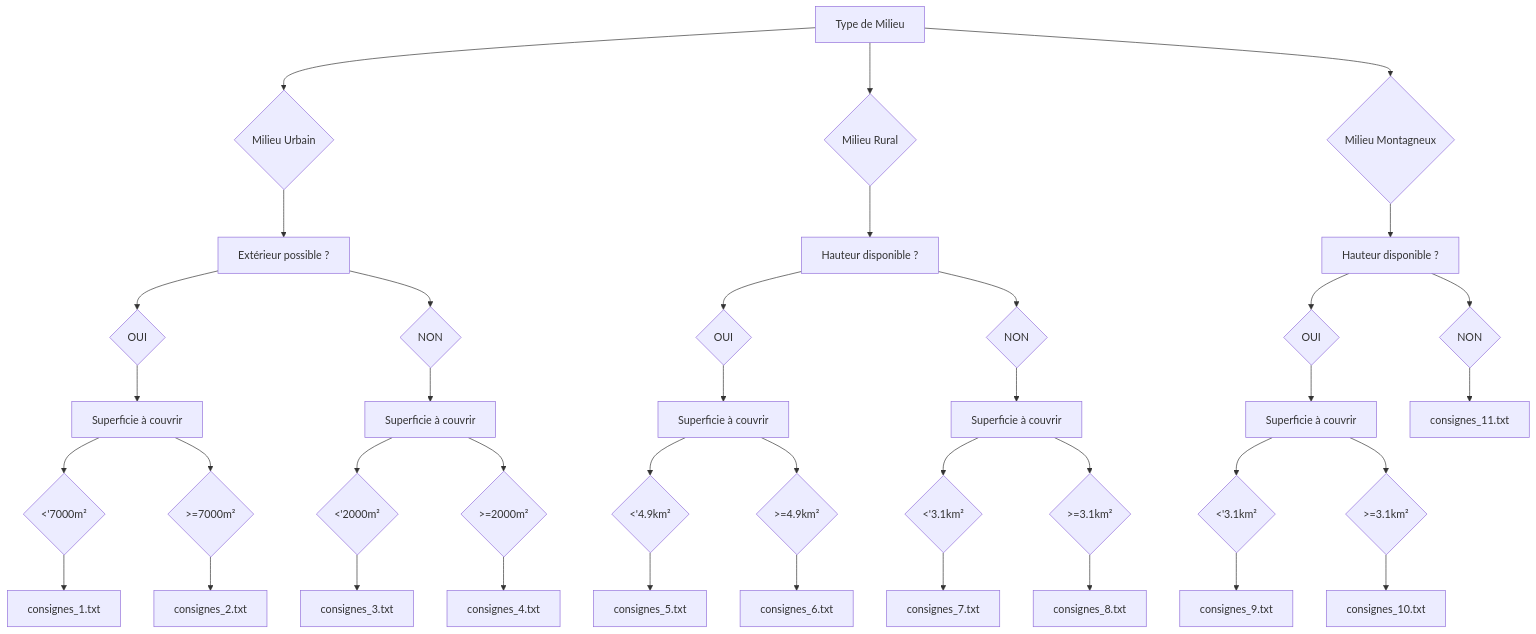
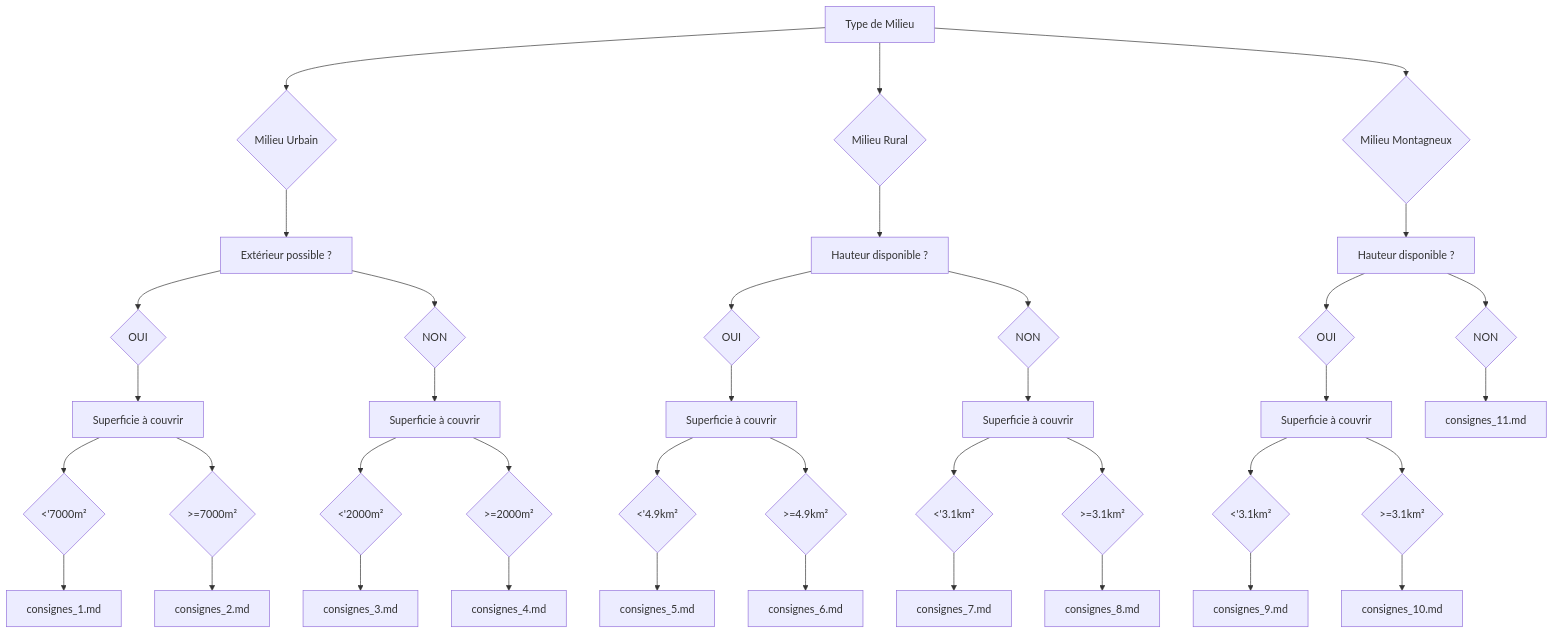
One commit to WaltZOO/Disaster-Networking changed the diagram in src/decision_tree/decision_tree.md. Above: the diagram before and after it, drawn with Mermaid.

Commit message:
changing .txt in Markdown files

````diff
--- a/src/decision_tree/decision_tree.md
+++ b/src/decision_tree/decision_tree.md
@@ -1,84 +1,84 @@
 ```mermaid
 graph TD
     Milieu["Type de Milieu"] 
 
     Urbain{"Milieu Urbain"}
     Rural{"Milieu Rural"}
     Montagneux{"Milieu Montagneux"}
     
     Milieu --> Urbain
     Milieu --> Rural
     Milieu --> Montagneux
 
     ExtPossible["Extérieur possible ?"]
     HauteurPossibleRural["Hauteur disponible ?"]
     HauteurPossibleMont["Hauteur disponible ?"]
 
     Urbain --> ExtPossible
     Rural --> HauteurPossibleRural
     Montagneux --> HauteurPossibleMont
 
     ExtOui{"OUI"}
     ExtNon{"NON"}
     HautRuralOui{"OUI"}
     HautRuralNon{"NON"}
     HautMontOui{"OUI"}
     HautMontNon{"NON"}
 
     ExtPossible --> ExtOui
     ExtPossible --> ExtNon
     HauteurPossibleRural --> HautRuralOui
     HauteurPossibleRural --> HautRuralNon
     HauteurPossibleMont --> HautMontOui
     HauteurPossibleMont --> HautMontNon
 
     SuperficieUrbExt["Superficie à couvrir"]
     SuperficieUrbInt["Superficie à couvrir"]
     SuperficieRuralExt["Superficie à couvrir"]
     SuperficieRuralInt["Superficie à couvrir"]
     SuperficieMontExt["Superficie à couvrir"]
 
     ExtOui --> SuperficieUrbExt
     ExtNon --> SuperficieUrbInt
     HautRuralOui --> SuperficieRuralExt
     HautRuralNon --> SuperficieRuralInt
     HautMontOui --> SuperficieMontExt
 
     TaillePetiteUrbExt{"<'7000m²"}
     TailleGrandeUrbExt{">=7000m²"}
     TaillePetiteUrbInt{"<'2000m²"}
     TailleGrandeUrbInt{">=2000m²"}
     TaillePetiteRuralExt{"<'4.9km²"}
     TailleGrandeRuralExt{">=4.9km²"}
     TaillePetiteRuralInt{"<'3.1km²"}
     TailleGrandeRuralInt{">=3.1km²"}
     TaillePetiteMontExt{"<'3.1km²"}
     TailleGrandeMontExt{">=3.1km²"}
 
     SuperficieUrbExt --> TaillePetiteUrbExt
     SuperficieUrbExt --> TailleGrandeUrbExt
     SuperficieUrbInt --> TaillePetiteUrbInt
     SuperficieUrbInt --> TailleGrandeUrbInt
     SuperficieRuralExt --> TaillePetiteRuralExt
     SuperficieRuralExt --> TailleGrandeRuralExt
     SuperficieRuralInt --> TaillePetiteRuralInt
     SuperficieRuralInt --> TailleGrandeRuralInt
     SuperficieMontExt --> TaillePetiteMontExt
     SuperficieMontExt --> TailleGrandeMontExt
 
-    TaillePetiteUrbExt --> Consignes1["consignes_1.txt"]
-    TailleGrandeUrbExt --> Consignes2["consignes_2.txt"]
-    TaillePetiteUrbInt --> Consignes3["consignes_3.txt"]
-    TailleGrandeUrbInt --> Consignes4["consignes_4.txt"]
-    TaillePetiteRuralExt --> Consignes5["consignes_5.txt"]
-    TailleGrandeRuralExt --> Consignes6["consignes_6.txt"]
-    TaillePetiteRuralInt --> Consignes7["consignes_7.txt"]
-    TailleGrandeRuralInt --> Consignes8["consignes_8.txt"]
-    TaillePetiteMontExt --> Consignes9["consignes_9.txt"]
-    TailleGrandeMontExt --> Consignes10["consignes_10.txt"]
-    HautMontNon --> Consignes11["consignes_11.txt"]
+    TaillePetiteUrbExt --> Consignes1["consignes_1.md"]
+    TailleGrandeUrbExt --> Consignes2["consignes_2.md"]
+    TaillePetiteUrbInt --> Consignes3["consignes_3.md"]
+    TailleGrandeUrbInt --> Consignes4["consignes_4.md"]
+    TaillePetiteRuralExt --> Consignes5["consignes_5.md"]
+    TailleGrandeRuralExt --> Consignes6["consignes_6.md"]
+    TaillePetiteRuralInt --> Consignes7["consignes_7.md"]
+    TailleGrandeRuralInt --> Consignes8["consignes_8.md"]
+    TaillePetiteMontExt --> Consignes9["consignes_9.md"]
+    TailleGrandeMontExt --> Consignes10["consignes_10.md"]
+    HautMontNon --> Consignes11["consignes_11.md"]
 
 
 
 
 ```
````
